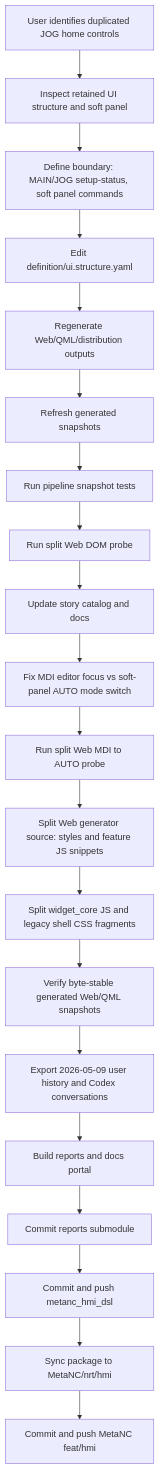
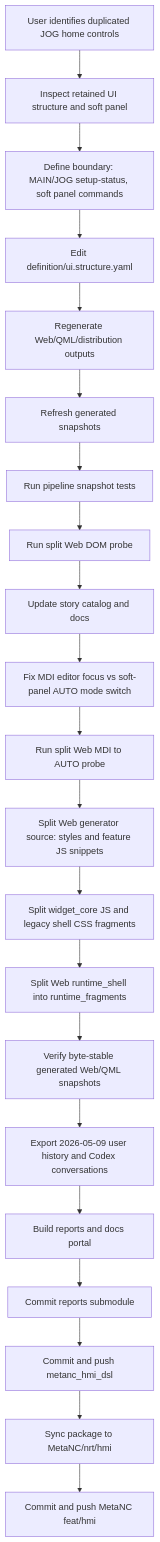
One commit to luppiterw/metanc_hmi_dsl_reports changed the diagram in 2026-05-09-codex-session/workflow-diagram.md. Above: the diagram before and after it, drawn with Mermaid. The commit also changed 17 other files, not shown here.

Commit message:
docs: refresh 2026-05-09 web runtime split report

````diff
--- a/2026-05-09-codex-session/workflow-diagram.md
+++ b/2026-05-09-codex-session/workflow-diagram.md
@@ -3,22 +3,23 @@
 ```mermaid
 flowchart TD
     A[User identifies duplicated JOG home controls] --> B[Inspect retained UI structure and soft panel]
     B --> C[Define boundary: MAIN/JOG setup-status, soft panel commands]
     C --> D[Edit definition/ui.structure.yaml]
     D --> E[Regenerate Web/QML/distribution outputs]
     E --> F[Refresh generated snapshots]
     F --> G[Run pipeline snapshot tests]
     G --> H[Run split Web DOM probe]
     H --> I[Update story catalog and docs]
     I --> J[Fix MDI editor focus vs soft-panel AUTO mode switch]
     J --> K[Run split Web MDI to AUTO probe]
     K --> L[Split Web generator source: styles and feature JS snippets]
     L --> M[Split widget_core JS and legacy shell CSS fragments]
-    M --> N[Verify byte-stable generated Web/QML snapshots]
-    N --> O[Export 2026-05-09 user history and Codex conversations]
-    O --> P[Build reports and docs portal]
-    P --> Q[Commit reports submodule]
-    Q --> R[Commit and push metanc_hmi_dsl]
-    R --> S[Sync package to MetaNC/nrt/hmi]
-    S --> T[Commit and push MetaNC feat/hmi]
+    M --> N[Split Web runtime_shell into runtime_fragments]
+    N --> O[Verify byte-stable generated Web/QML snapshots]
+    O --> P[Export 2026-05-09 user history and Codex conversations]
+    P --> Q[Build reports and docs portal]
+    Q --> R[Commit reports submodule]
+    R --> S[Commit and push metanc_hmi_dsl]
+    S --> T[Sync package to MetaNC/nrt/hmi]
+    T --> U[Commit and push MetaNC feat/hmi]
 ```
````
